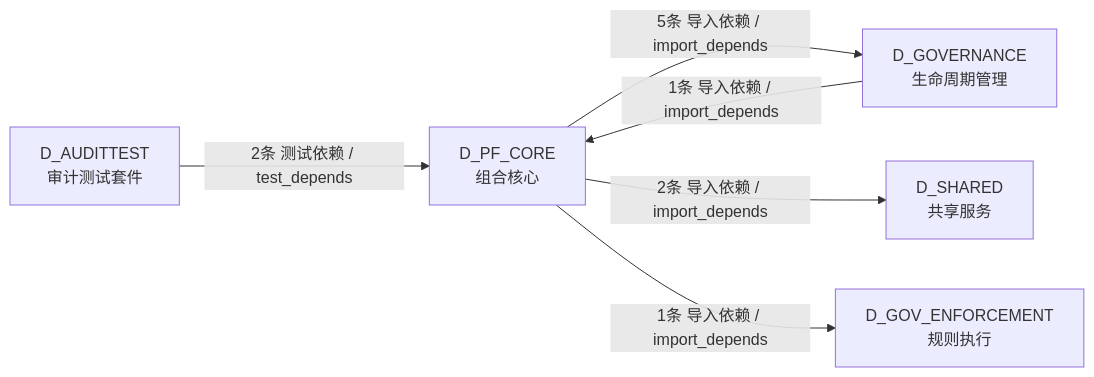
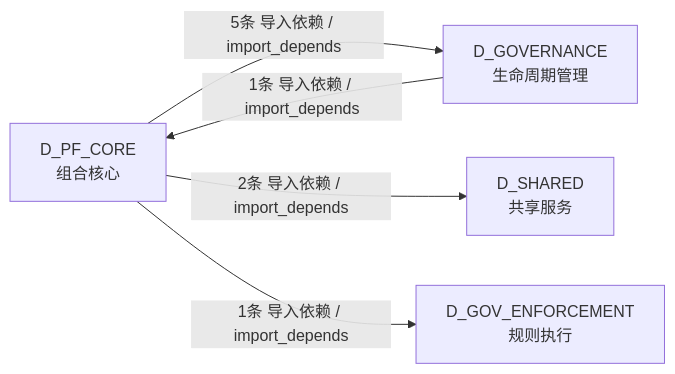
The fourth of 4 diagrams in docs/02_enterprise_architecture/02_domain_architecture_docs/44_d_pf_core.md (xuanFelixVan/ZephyrAlpha), drawn with Mermaid before and after one commit. The commit also changed other lines of this file and 100 other files, not shown here.

````diff
--- a/docs/02_enterprise_architecture/02_domain_architecture_docs/44_d_pf_core.md
+++ b/docs/02_enterprise_architecture/02_domain_architecture_docs/44_d_pf_core.md
@@ -207,13 +207,11 @@
 ```mermaid
 graph LR
     D_PF_CORE["D_PF_CORE<br/>组合核心"]
     D_GOVERNANCE["D_GOVERNANCE<br/>生命周期管理"]
     D_SHARED["D_SHARED<br/>共享服务"]
     D_GOV_ENFORCEMENT["D_GOV_ENFORCEMENT<br/>规则执行"]
-    D_AUDITTEST["D_AUDITTEST<br/>审计测试套件"]
     D_PF_CORE -->|5条 导入依赖 / import_depends| D_GOVERNANCE
     D_PF_CORE -->|2条 导入依赖 / import_depends| D_SHARED
     D_PF_CORE -->|1条 导入依赖 / import_depends| D_GOV_ENFORCEMENT
-    D_AUDITTEST -->|2条 测试依赖 / test_depends| D_PF_CORE
     D_GOVERNANCE -->|1条 导入依赖 / import_depends| D_PF_CORE
 ```
````
